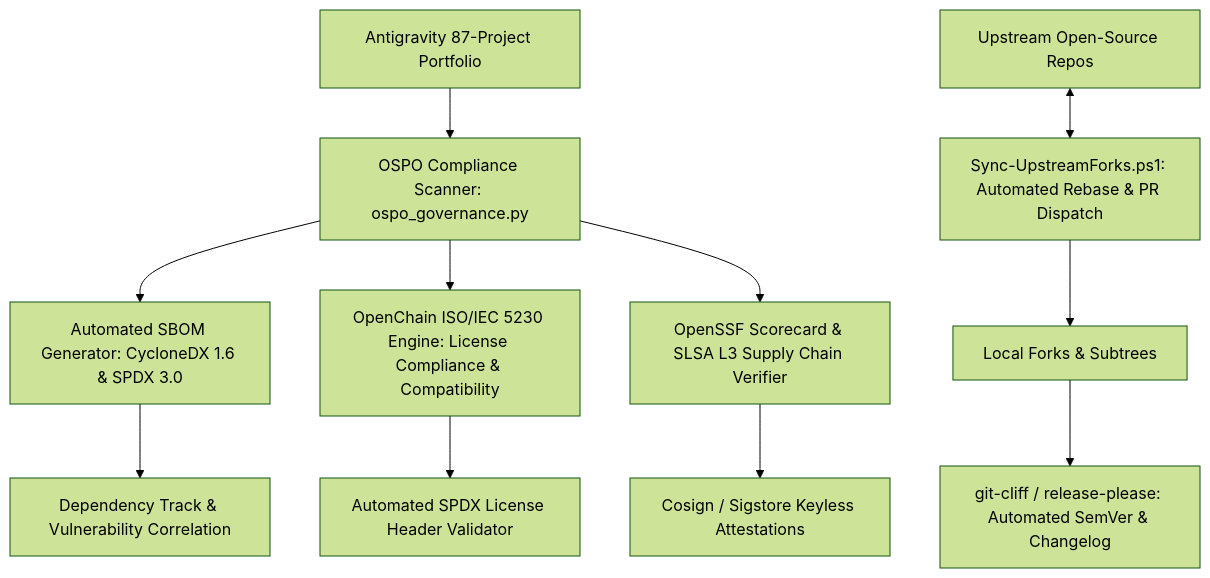
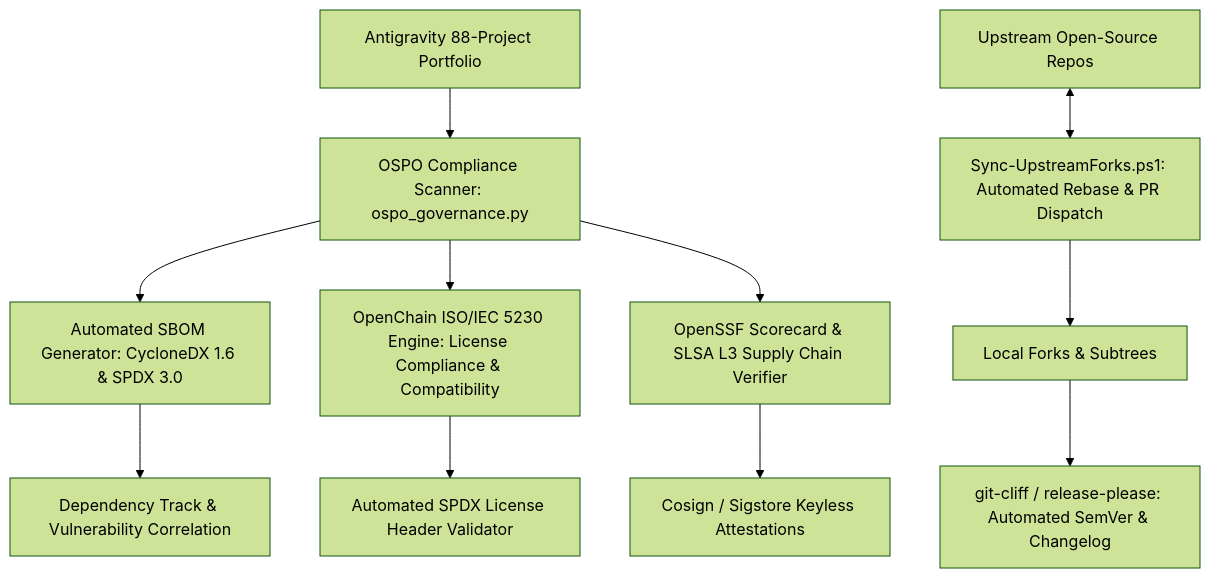
One commit to Chammin00/project-refinement changed the seventh of 8 diagrams in SECURITY_AND_INFRASTRUCTURE_ENHANCEMENT.md. Above: the diagram before and after it, drawn with Mermaid (forest theme). The commit also changed other lines of this file and 6 other files, not shown here.

````diff
--- a/SECURITY_AND_INFRASTRUCTURE_ENHANCEMENT.md
+++ b/SECURITY_AND_INFRASTRUCTURE_ENHANCEMENT.md
@@ -952,15 +956,15 @@
 ```mermaid
 flowchart TD
-    Portfolio[Antigravity 87-Project Portfolio] --> Scanner[OSPO Compliance Scanner: ospo_governance.py]
+    Portfolio[Antigravity 88-Project Portfolio] --> Scanner[OSPO Compliance Scanner: ospo_governance.py]
     Scanner --> SBOM[Automated SBOM Generator: CycloneDX 1.6 & SPDX 3.0]
     Scanner --> License[OpenChain ISO/IEC 5230 Engine: License Compliance & Compatibility]
     Scanner --> OpenSSF[OpenSSF Scorecard & SLSA L3 Supply Chain Verifier]
     
     SBOM --> DependencyGraph[Dependency Track & Vulnerability Correlation]
     License --> HeaderCheck[Automated SPDX License Header Validator]
     OpenSSF --> Provenance[Cosign / Sigstore Keyless Attestations]
     
     Upstream[Upstream Open-Source Repos] <--> SyncDaemon[Sync-UpstreamForks.ps1: Automated Rebase & PR Dispatch]
     SyncDaemon --> LocalForks[Local Forks & Subtrees]
     LocalForks --> ReleaseAutomation[git-cliff / release-please: Automated SemVer & Changelog]
 ```
````
